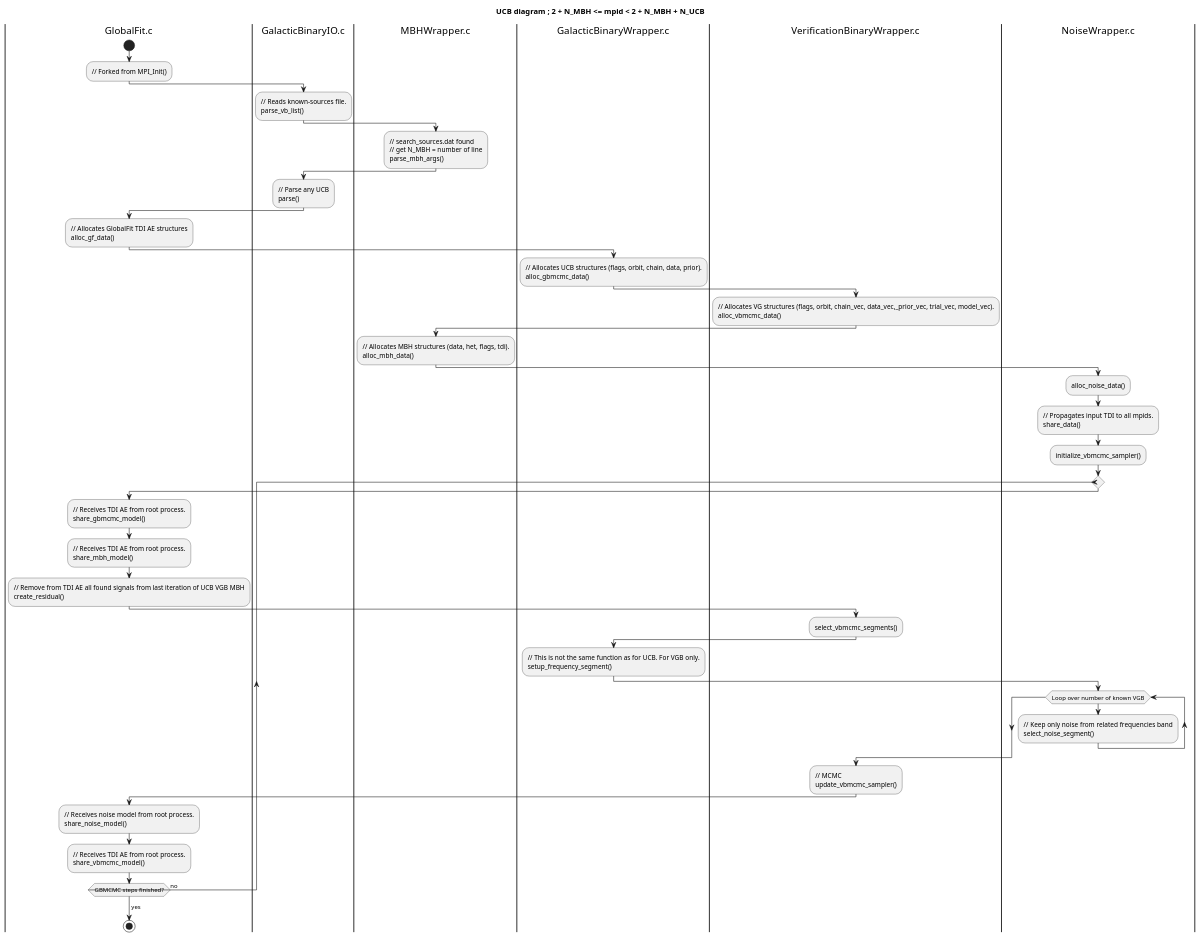
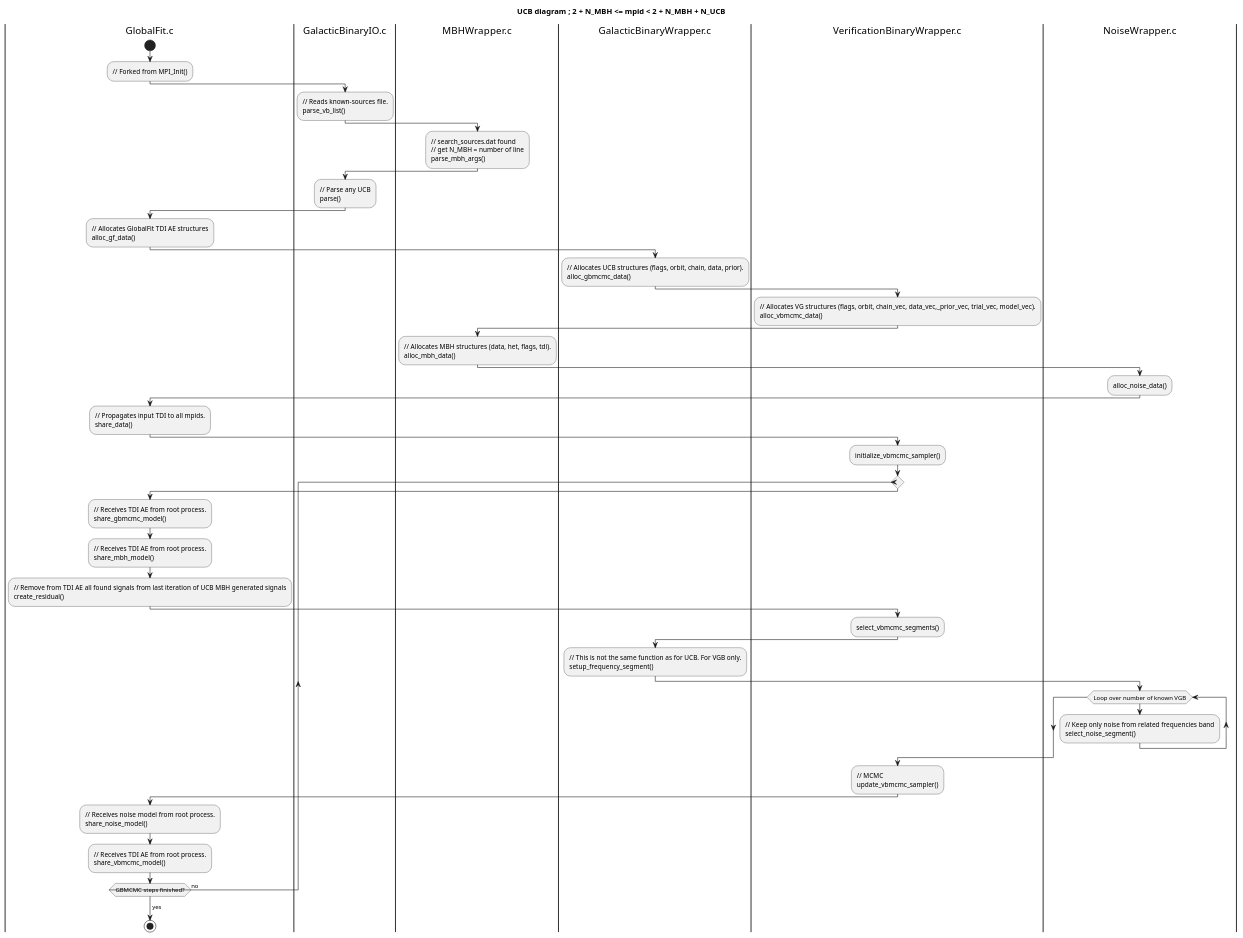
One commit to antoinetran/cnes-globalfit1-container-idasoft changed the diagram in umls/sequence/globalfit_gwsrc_vgb.puml. Above: the diagram before and after it, drawn with PlantUML. The commit also changed 3 other files, not shown here.

Commit message:
PlantUML seq diagram fix error create_residual()

```diff
--- a/umls/sequence/globalfit_gwsrc_vgb.puml
+++ b/umls/sequence/globalfit_gwsrc_vgb.puml
@@ -1,84 +1,86 @@
 @startuml
 title UCB diagram ; 2 + N_MBH <= mpid < 2 + N_MBH + N_UCB
 
 |#white|GlobalFit.c|
 start
   :// Forked from MPI_Init();
 
   |#white|GalacticBinaryIO.c|
   :// Reads known-sources file.
   parse_vb_list();
 
   |#white|MBHWrapper.c|
   :// search_sources.dat found
   // get N_MBH = number of line
   parse_mbh_args();
 
   |#white|GalacticBinaryIO.c|
   :// Parse any UCB 
   parse();
 
   |#white|GlobalFit.c|
   :// Allocates GlobalFit TDI AE structures
   alloc_gf_data();
 
   |#white|GalacticBinaryWrapper.c|
   :// Allocates UCB structures (flags, orbit, chain, data, prior).
   alloc_gbmcmc_data();
 
   |#white|VerificationBinaryWrapper.c|
   :// Allocates VG structures (flags, orbit, chain_vec, data_vec,_prior_vec, trial_vec, model_vec).
   alloc_vbmcmc_data();
 
   |#white|MBHWrapper.c|
   :// Allocates MBH structures (data, het, flags, tdi).
   alloc_mbh_data();
 
   |#white|NoiseWrapper.c|
   :alloc_noise_data();
 
+  |#white|GlobalFit.c|
   :// Propagates input TDI to all mpids.
   share_data();
 
+  |#white|VerificationBinaryWrapper.c|
   :initialize_vbmcmc_sampler();
 
   repeat
     |#white|GlobalFit.c|
     :// Receives TDI AE from root process.
     share_gbmcmc_model();
 
     |#white|GlobalFit.c|
     :// Receives TDI AE from root process.
     share_mbh_model();
 
-    :// Remove from TDI AE all found signals from last iteration of UCB VGB MBH
+    :// Remove from TDI AE all found signals from last iteration of UCB MBH generated signals
     create_residual();
 
     |#white|VerificationBinaryWrapper.c|
     :select_vbmcmc_segments();
 
     |#white|GalacticBinaryWrapper.c|
     :// This is not the same function as for UCB. For VGB only.
     setup_frequency_segment();
 
     |#white|NoiseWrapper.c|
     while (Loop over number of known VGB)
       :// Keep only noise from related frequencies band
       select_noise_segment();
     endwhile
 
     |#white|VerificationBinaryWrapper.c|
     :// MCMC
     update_vbmcmc_sampler();
 
     |#white|GlobalFit.c|
     :// Receives noise model from root process.
     share_noise_model();
 
     :// Receives TDI AE from root process.
     share_vbmcmc_model();
 
   repeat while (GBMCMC steps finished?) is (no)
   ->yes;
 stop
 @enduml
```
